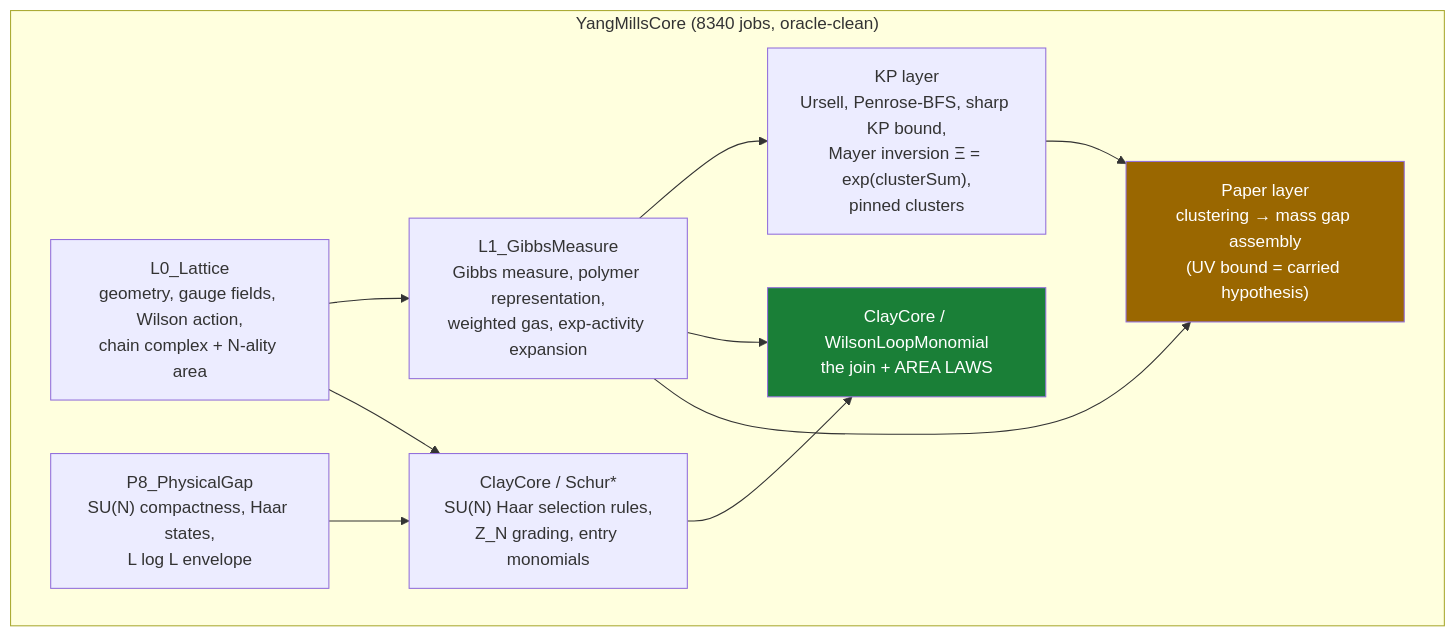
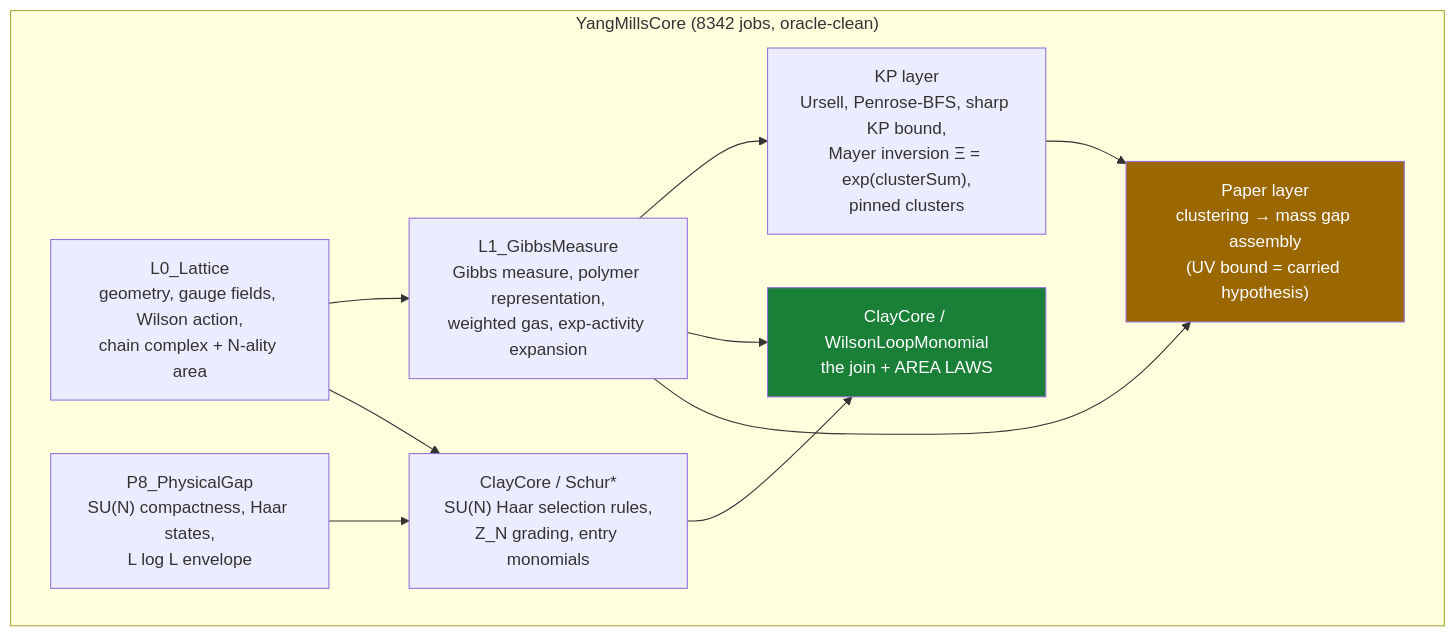
One commit to lluiseriksson/THE-ERIKSSON-PROGRAMME changed the diagram in README.md. Above: the diagram before and after it, drawn with Mermaid. The commit also changed other lines of this file and 5 other files, not shown here.

````diff
--- a/README.md
+++ b/README.md
@@ -301,20 +302,20 @@
 ```mermaid
 graph TD
-    subgraph core["YangMillsCore  (8340 jobs, oracle-clean)"]
+    subgraph core["YangMillsCore  (8342 jobs, oracle-clean)"]
         L0["L0_Lattice<br/>geometry, gauge fields, Wilson action,<br/>chain complex + N-ality area"]
         L1["L1_GibbsMeasure<br/>Gibbs measure, polymer representation,<br/>weighted gas, exp-activity expansion"]
         KP["KP layer<br/>Ursell, Penrose-BFS, sharp KP bound,<br/>Mayer inversion Ξ = exp(clusterSum),<br/>pinned clusters"]
         SCHUR["ClayCore / Schur*<br/>SU(N) Haar selection rules,<br/>Z_N grading, entry monomials"]
         WLM["ClayCore / WilsonLoopMonomial<br/>the join + AREA LAWS"]
         PAPER["Paper layer<br/>clustering → mass gap assembly<br/>(UV bound = carried hypothesis)"]
         P8["P8_PhysicalGap<br/>SU(N) compactness, Haar states,<br/>L log L envelope"]
     end
     L0 --> L1 --> KP
     L0 --> SCHUR --> WLM
     L1 --> WLM
     L1 --> PAPER
     KP --> PAPER
     P8 --> SCHUR
     style WLM fill:#1a7f37,color:#fff
     style PAPER fill:#9a6700,color:#fff
 ```
````
